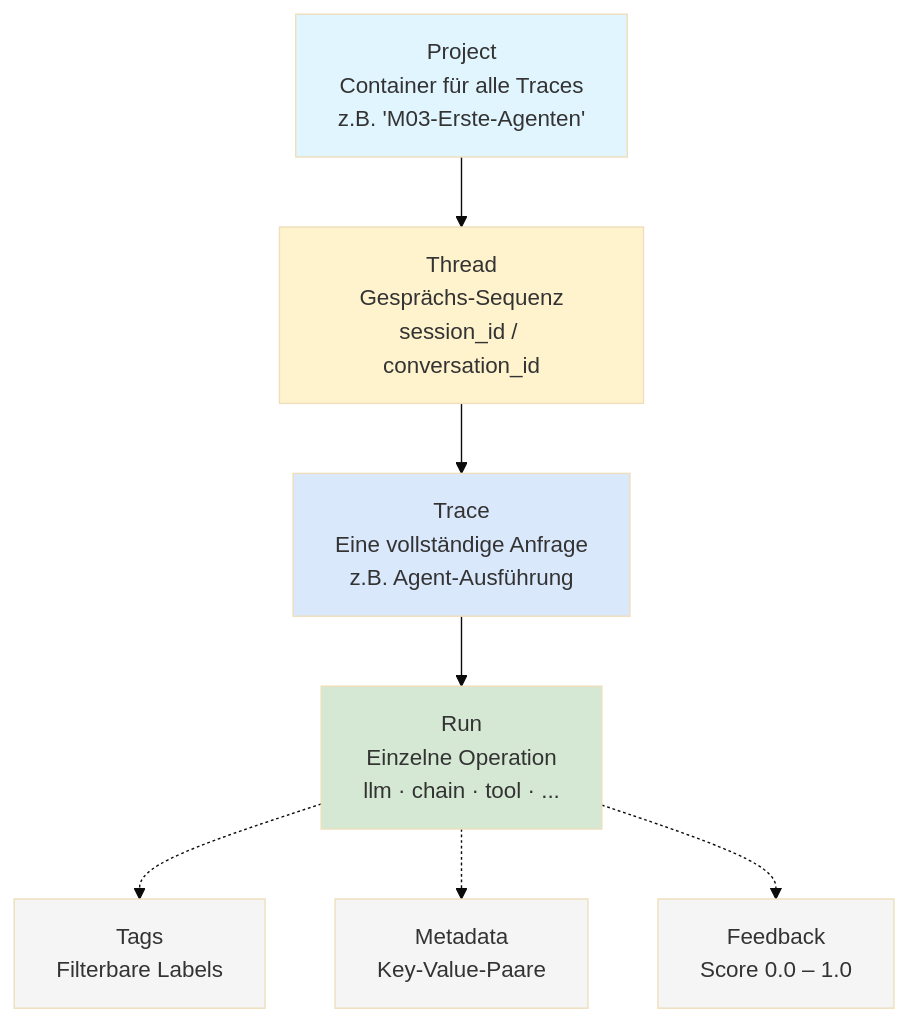
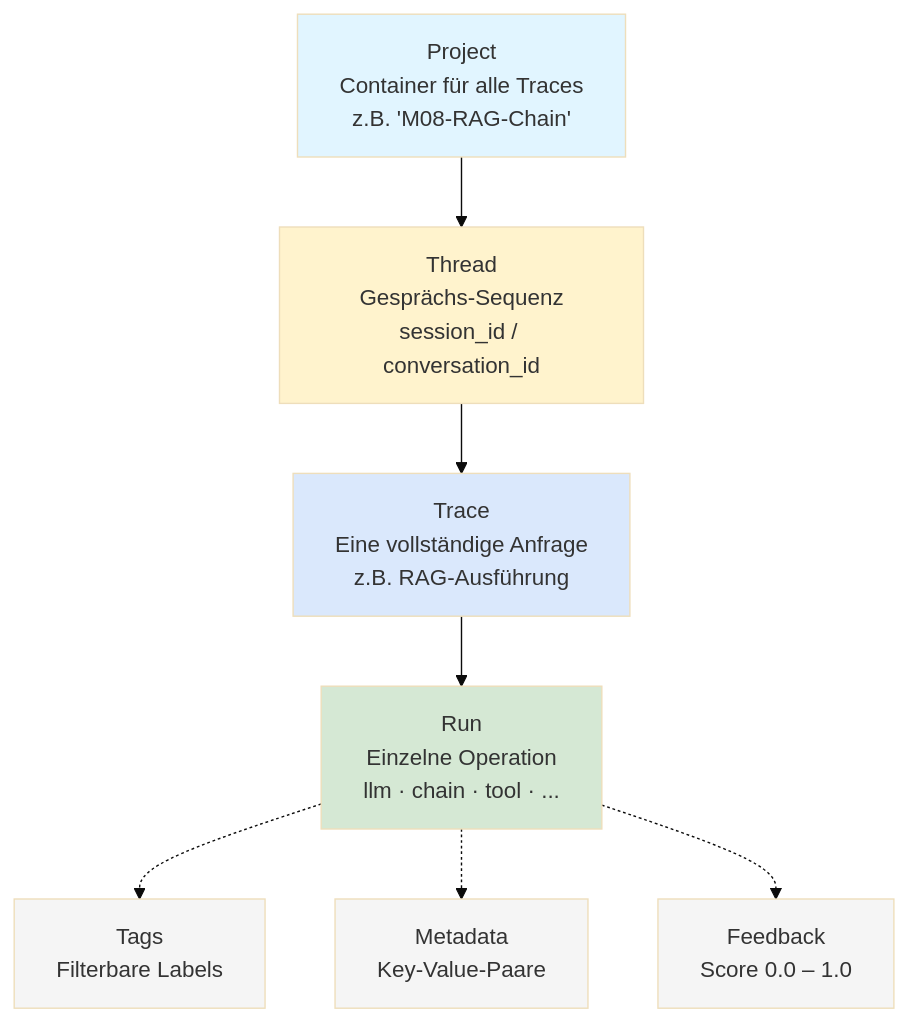
Before and after one commit to ralf-42/Agenten: the second of 5 diagrams in docs/05-frameworks/einsteiger-langsmith.md, drawn with Mermaid (base theme). The commit also changed other lines of this file and 47 other files, not shown here.

````diff
--- a/docs/05-frameworks/einsteiger-langsmith.md
+++ b/docs/05-frameworks/einsteiger-langsmith.md
@@ -157,25 +170,25 @@
 ```mermaid
 flowchart TB
-    PROJECT["Project\nContainer für alle Traces\nz.B. 'M03-Erste-Agenten'"]
-    THREAD["Thread\nGesprächs-Sequenz\nsession_id / conversation_id"]
-    TRACE["Trace\nEine vollständige Anfrage\nz.B. Agent-Ausführung"]
-    RUN["Run\nEinzelne Operation\nllm · chain · tool · ..."]
-    TAGS["Tags\nFilterbare Labels"]
-    META["Metadata\nKey-Value-Paare"]
-    FEEDBACK["Feedback\nScore 0.0 – 1.0"]
+    PROJECT["Project<br>Container für alle Traces<br>z.B. 'M08-RAG-Chain'"]
+    THREAD["Thread<br>Gesprächs-Sequenz<br>session_id / conversation_id"]
+    TRACE["Trace<br>Eine vollständige Anfrage<br>z.B. RAG-Ausführung"]
+    RUN["Run<br>Einzelne Operation<br>llm · chain · tool · ..."]
+    TAGS["Tags<br>Filterbare Labels"]
+    META["Metadata<br>Key-Value-Paare"]
+    FEEDBACK["Feedback<br>Score 0.0 – 1.0"]
 
     PROJECT --> THREAD
     THREAD --> TRACE
     TRACE --> RUN
     RUN -.-> TAGS
     RUN -.-> META
     RUN -.-> FEEDBACK
 
     style PROJECT fill:#e1f5ff
     style THREAD fill:#fff3cd
     style TRACE fill:#dae8fc
     style RUN fill:#d5e8d4
     style TAGS fill:#f5f5f5
     style META fill:#f5f5f5
     style FEEDBACK fill:#f5f5f5
 ```
````
